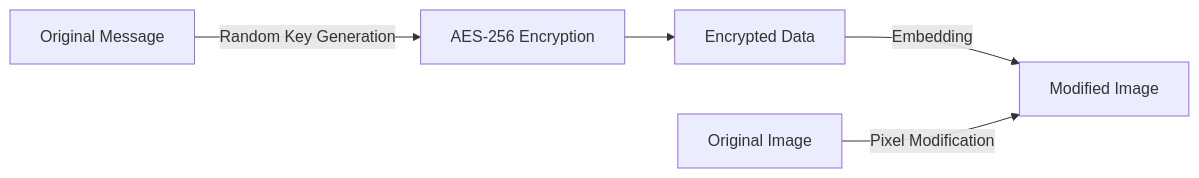
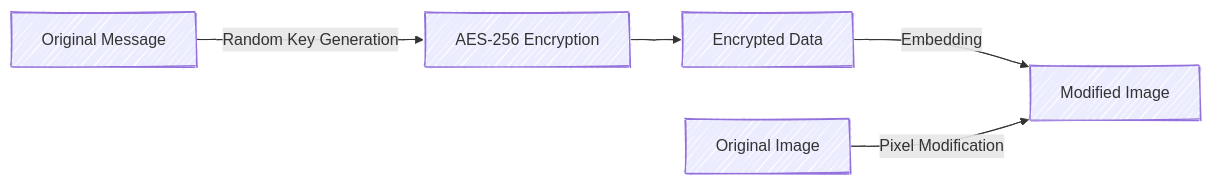
Before and after one commit to pranaykumar2/steg-go: the second of 4 diagrams in README.md, drawn with Mermaid.

````diff
--- a/README.md
+++ b/README.md
@@ -321,7 +321,13 @@
 ```mermaid
+---
+config:
+  look: handDrawn
+  theme: default
+---
 graph LR
     A[Original Message] -->|Random Key Generation| B[AES-256 Encryption]
     B --> C[Encrypted Data]
     C -->|Embedding| D[Modified Image]
     E[Original Image] -->|Pixel Modification| D
+
 ```
````
